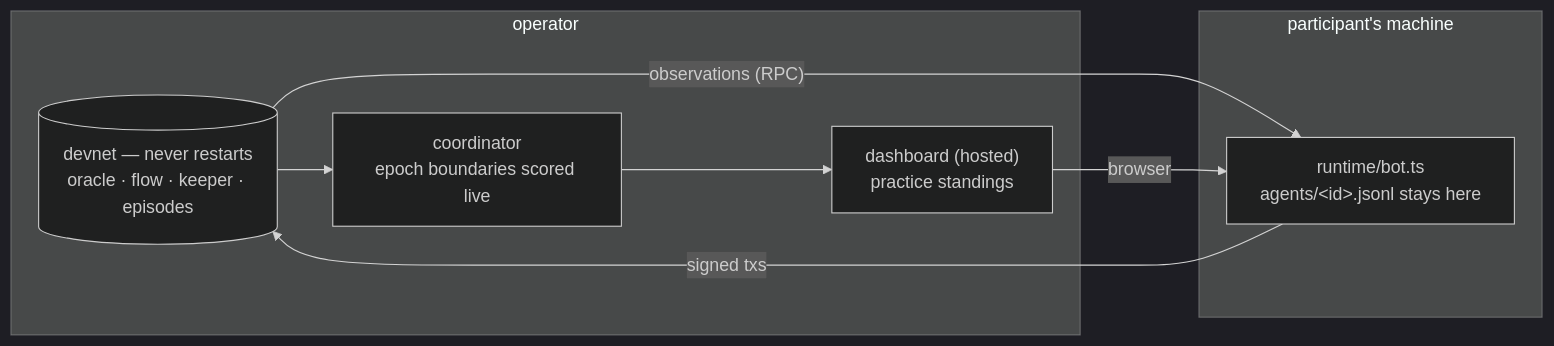
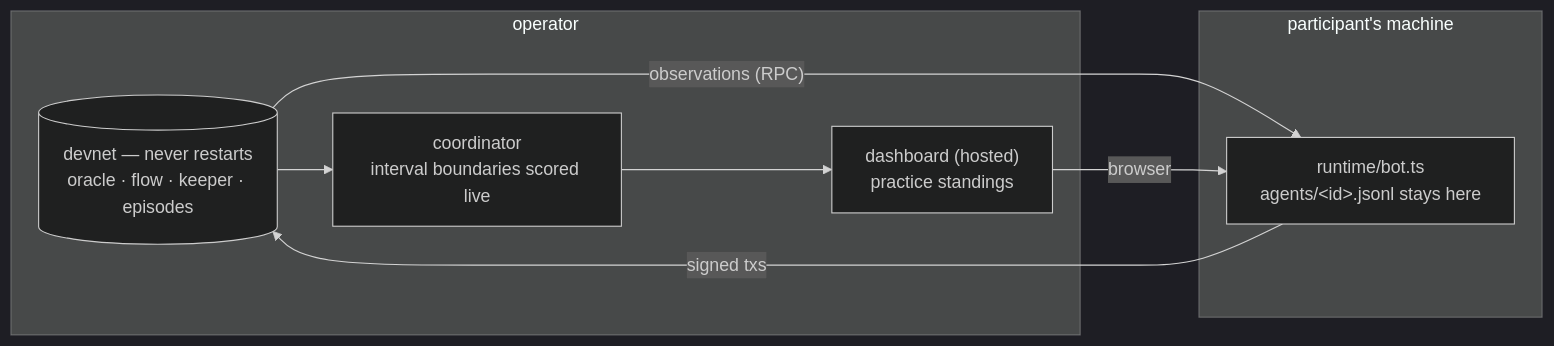
The diagram in docs/guide/practice-devnet.md (NyxFoundation/eris-agent-simulator), drawn with Mermaid (dark theme) before and after one commit. The commit also changed other lines of this file and 33 other files, not shown here.

First line of the commit message:
docs: the evaluation interval is an interval, and the epoch is the rules' epoch

````diff
--- a/docs/guide/practice-devnet.md
+++ b/docs/guide/practice-devnet.md
@@ -56,15 +56,15 @@
 ```mermaid
 flowchart LR
   subgraph OP["operator"]
     CHAIN[("devnet — never restarts<br/>oracle · flow · keeper · episodes")]
-    COORD["coordinator<br/>epoch boundaries scored live"]
+    COORD["coordinator<br/>interval boundaries scored live"]
     DASH["dashboard (hosted)<br/>practice standings"]
     CHAIN --> COORD --> DASH
   end
   subgraph P["participant's machine"]
     AGENT["runtime/bot.ts<br/>agents/&lt;id&gt;.jsonl stays here"]
   end
   CHAIN -->|"observations (RPC)"| AGENT
   AGENT -->|"signed txs"| CHAIN
   DASH -->|browser| AGENT
 ```
````
